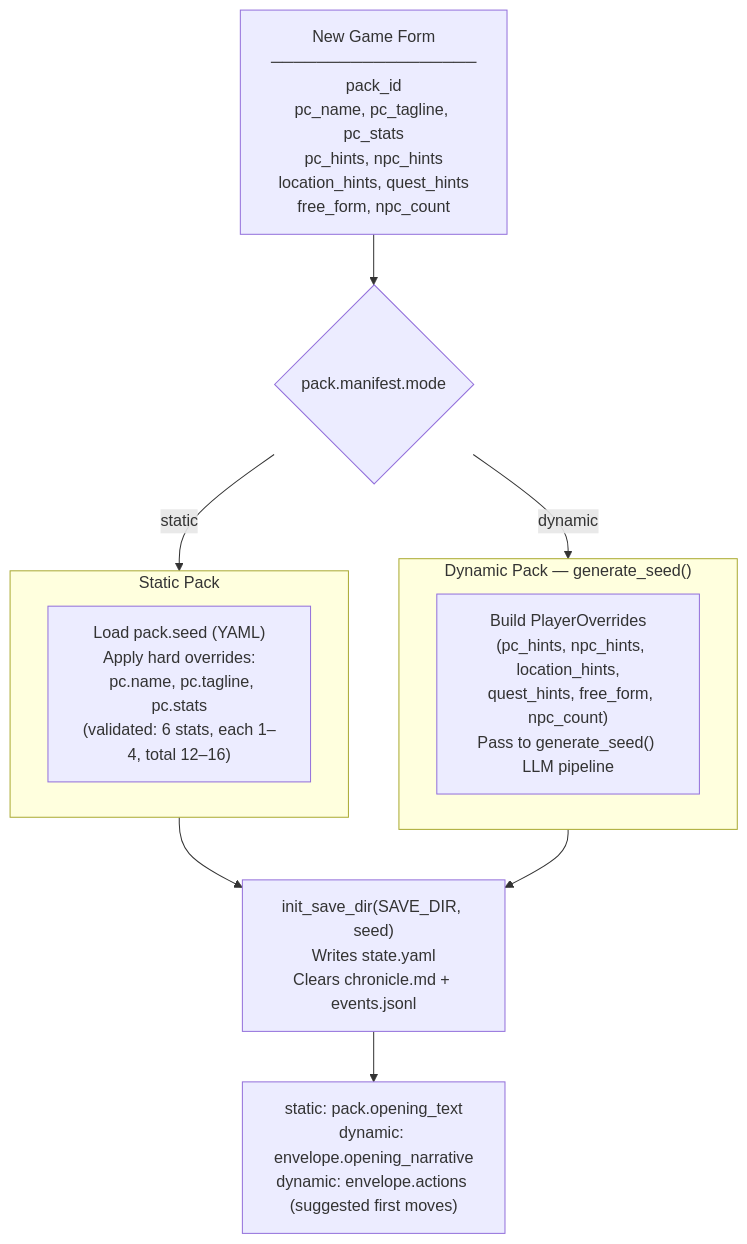
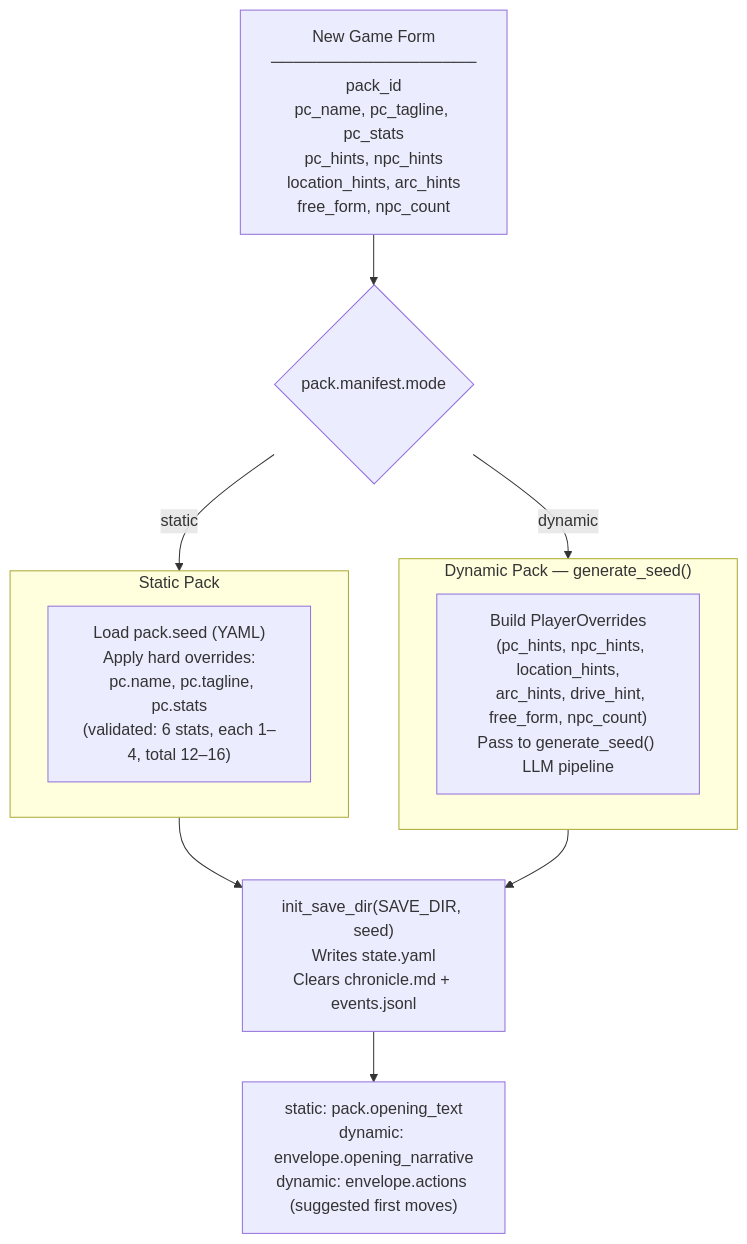
The first of 2 diagrams in docs/architecture/out-of-band.md (pww217/fablethread), drawn with Mermaid before and after one commit. The commit also changed other lines of this file and 5 other files, not shown here.

````diff
--- a/docs/architecture/out-of-band.md
+++ b/docs/architecture/out-of-band.md
@@ -9,25 +9,25 @@
 ```mermaid
 flowchart TD
-    FORM["New Game Form<br>──────────────────<br>pack_id<br>pc_name, pc_tagline, pc_stats<br>pc_hints, npc_hints<br>location_hints, quest_hints<br>free_form, npc_count"]
+    FORM["New Game Form<br>──────────────────<br>pack_id<br>pc_name, pc_tagline, pc_stats<br>pc_hints, npc_hints<br>location_hints, arc_hints<br>free_form, npc_count"]
 
     MODE{pack.manifest.mode}
 
     subgraph STATIC["Static Pack"]
         SS["Load pack.seed (YAML)<br>Apply hard overrides:<br>  pc.name, pc.tagline, pc.stats<br>(validated: 6 stats, each 1–4, total 12–16)"]
     end
 
     subgraph DYNAMIC["Dynamic Pack — generate_seed()"]
-        DS["Build PlayerOverrides<br>  (pc_hints, npc_hints, location_hints,<br>  quest_hints, free_form, npc_count)<br>Pass to generate_seed() LLM pipeline"]
+        DS["Build PlayerOverrides<br>  (pc_hints, npc_hints, location_hints,<br>  arc_hints, drive_hint, free_form, npc_count)<br>Pass to generate_seed() LLM pipeline"]
     end
 
     INIT["init_save_dir(SAVE_DIR, seed)<br>Writes state.yaml<br>Clears chronicle.md + events.jsonl"]
 
     OPENING["static: pack.opening_text<br>dynamic: envelope.opening_narrative<br>dynamic: envelope.actions (suggested first moves)"]
 
     FORM --> MODE
     MODE -- "static" --> STATIC
     MODE -- "dynamic" --> DYNAMIC
     STATIC --> INIT
     DYNAMIC --> INIT
     INIT --> OPENING
 ```
````
